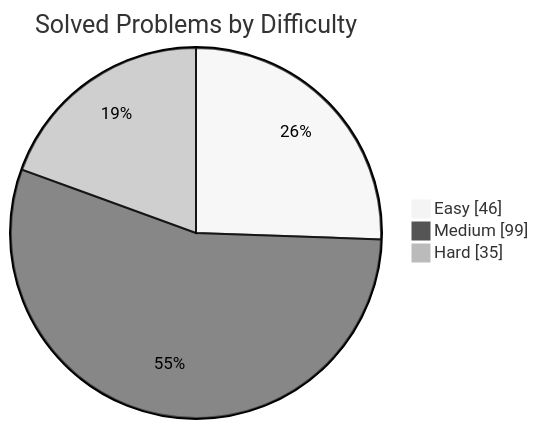
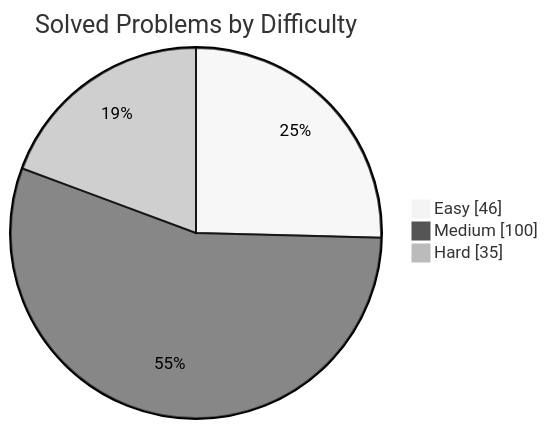
The first of 2 diagrams in README.md (manikantbindass/DSA-Preparation-FAANG), drawn with Mermaid (neutral theme) before and after one commit. The commit also changed other lines of this file, not shown here.

````diff
--- a/README.md
+++ b/README.md
@@ -38,7 +38,7 @@
 ```mermaid
 pie showData
     title Solved Problems by Difficulty
     "Easy" : 46
-    "Medium" : 99
+    "Medium" : 100
     "Hard" : 35
 ```
````
